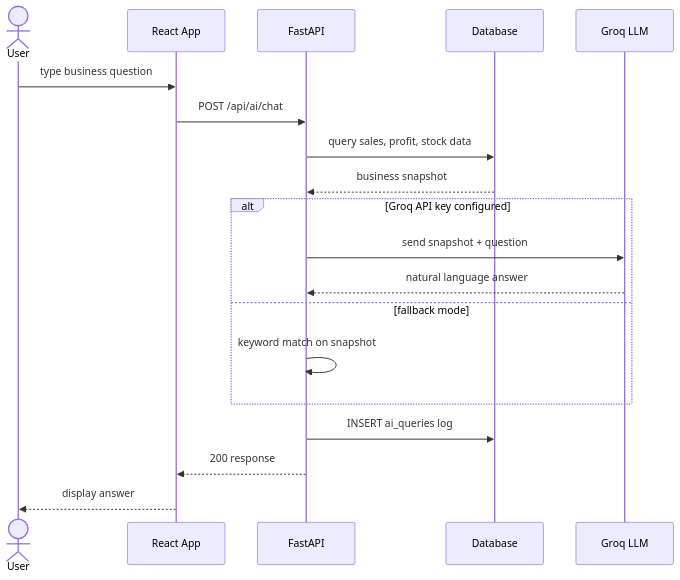
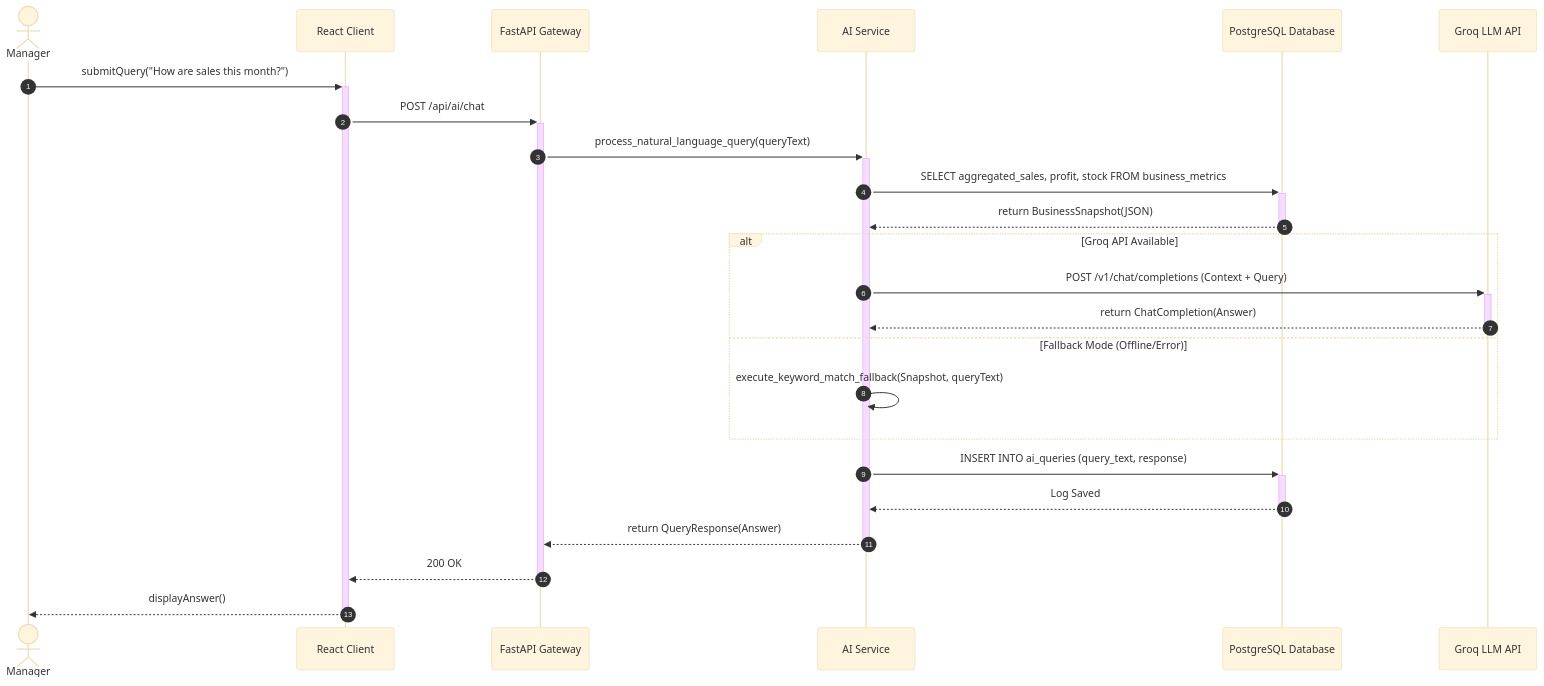
Before and after one commit to hyperS777/BizAI: the diagram in docs/design-diagrams/08-sequence-ai-query.mmd, drawn with Mermaid. The commit also changed 31 other files, not shown here.

Commit message:
docs: add system design diagrams and Visio rebuild guides

```diff
--- a/docs/design-diagrams/08-sequence-ai-query.mmd
+++ b/docs/design-diagrams/08-sequence-ai-query.mmd
@@ -1,22 +1,30 @@
+%%{init: {'theme': 'base', 'sequence': {'actorMargin': 150, 'messageMargin': 60}}}%%
 sequenceDiagram
-    actor U as User
-    participant FE as React App
-    participant API as FastAPI
-    participant DB as Database
-    participant GROQ as Groq LLM
+    autonumber
+    actor U as Manager
+    participant FE as React Client
+    participant API as FastAPI Gateway
+    participant AI as AI Service
+    participant DB as PostgreSQL Database
+    participant GROQ as Groq LLM API
 
-    U->>FE: type business question
-    FE->>API: POST /api/ai/chat
-    API->>DB: query sales, profit, stock data
-    DB-->>API: business snapshot
-
-    alt Groq API key configured
-        API->>GROQ: send snapshot + question
-        GROQ-->>API: natural language answer
-    else fallback mode
-        API->>API: keyword match on snapshot
+    U->>+FE: submitQuery("How are sales this month?")
+    FE->>+API: POST /api/ai/chat
+    API->>+AI: process_natural_language_query(queryText)
+    
+    AI->>+DB: SELECT aggregated_sales, profit, stock FROM business_metrics
+    DB-->>-AI: return BusinessSnapshot(JSON)
+    
+    alt Groq API Available
+        AI->>+GROQ: POST /v1/chat/completions (Context + Query)
+        GROQ-->>-AI: return ChatCompletion(Answer)
+    else Fallback Mode (Offline/Error)
+        AI->>AI: execute_keyword_match_fallback(Snapshot, queryText)
     end
-
-    API->>DB: INSERT ai_queries log
-    API-->>FE: 200 response
-    FE-->>U: display answer
+    
+    AI->>+DB: INSERT INTO ai_queries (query_text, response)
+    DB-->>-AI: Log Saved
+    
+    AI-->>-API: return QueryResponse(Answer)
+    API-->>-FE: 200 OK
+    FE-->>-U: displayAnswer()
```
